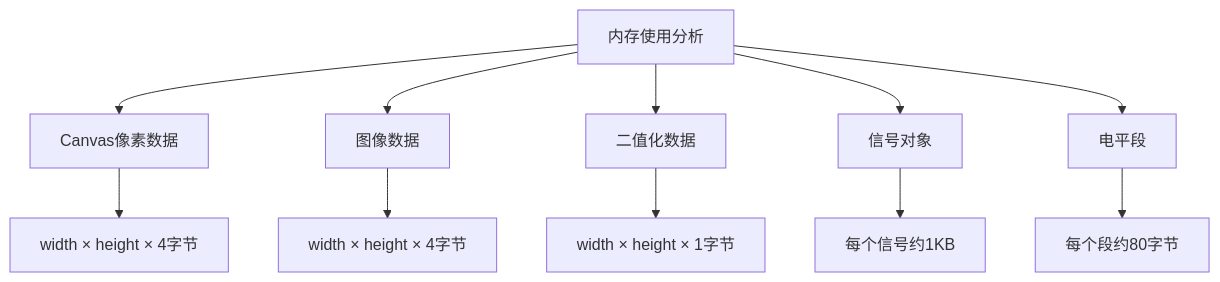
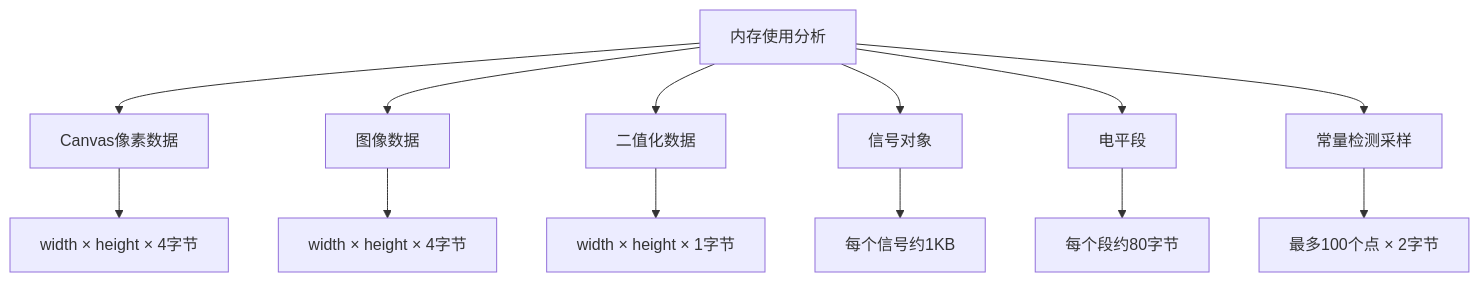
One commit to nht123456/waveform-editor changed the sixth of 6 diagrams in .qoder/repowiki/zh/content/输入输出与存储/图像识别系统.md. Above: the diagram before and after it, drawn with Mermaid. The commit also changed other lines of this file and 5 other files, not shown here.

````diff
--- a/.qoder/repowiki/zh/content/输入输出与存储/图像识别系统.md
+++ b/.qoder/repowiki/zh/content/输入输出与存储/图像识别系统.md
@@ -433,14 +471,16 @@
 ```mermaid
 graph TD
 Memory[内存使用分析]
 Canvas[Canvas像素数据] --> Size1[width × height × 4字节]
 ImageData[图像数据] --> Size2[width × height × 4字节]
 Binary[二值化数据] --> Size3[width × height × 1字节]
 Signals[信号对象] --> Size4[每个信号约1KB]
 Segments[电平段] --> Size5[每个段约80字节]
+ConstantSample[常量检测采样] --> Size6[最多100个点 × 2字节]
 Memory --> Canvas
 Memory --> ImageData
 Memory --> Binary
 Memory --> Signals
 Memory --> Segments
+Memory --> ConstantSample
 ```
````
